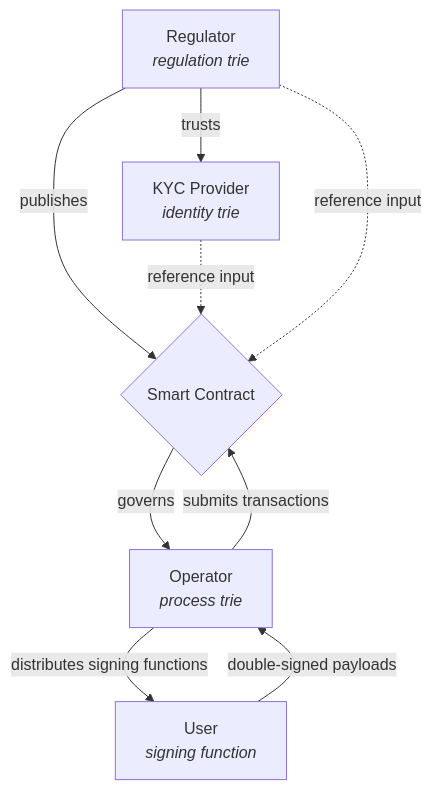
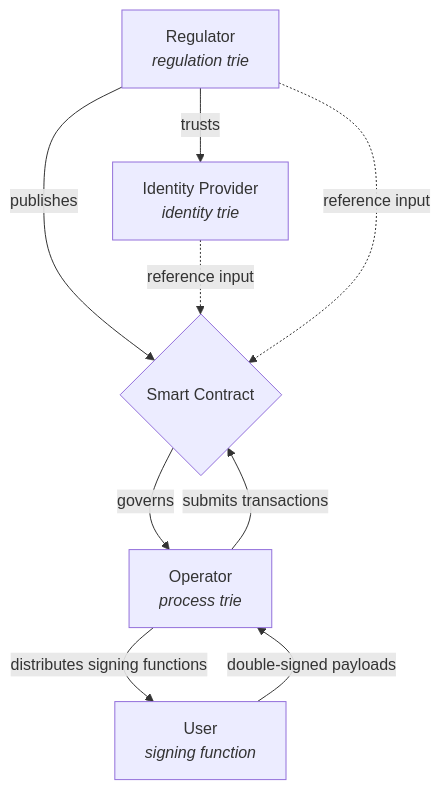
Before and after one commit to lambdasistemi/cardano-for-regulators: the first of 3 diagrams in docs/index.md, drawn with Mermaid. The commit also changed other lines of this file and 1 other file, not shown here.

Commit message:
rename KYC provider to identity provider throughout

````diff
--- a/docs/index.md
+++ b/docs/index.md
@@ -11,16 +11,16 @@
 ```mermaid
 graph TB
-    KYC[KYC Provider<br/><i>identity trie</i>]
+    IDP[Identity Provider<br/><i>identity trie</i>]
     REG[Regulator<br/><i>regulation trie</i>]
     OP[Operator<br/><i>process trie</i>]
     U[User<br/><i>signing function</i>]
 
     REG -->|publishes| SC{Smart Contract}
-    REG -->|trusts| KYC
+    REG -->|trusts| IDP
     SC -->|governs| OP
-    KYC -.->|reference input| SC
+    IDP -.->|reference input| SC
     REG -.->|reference input| SC
     OP -->|distributes signing functions| U
     U -->|double-signed payloads| OP
     OP -->|submits transactions| SC
 ```
````
